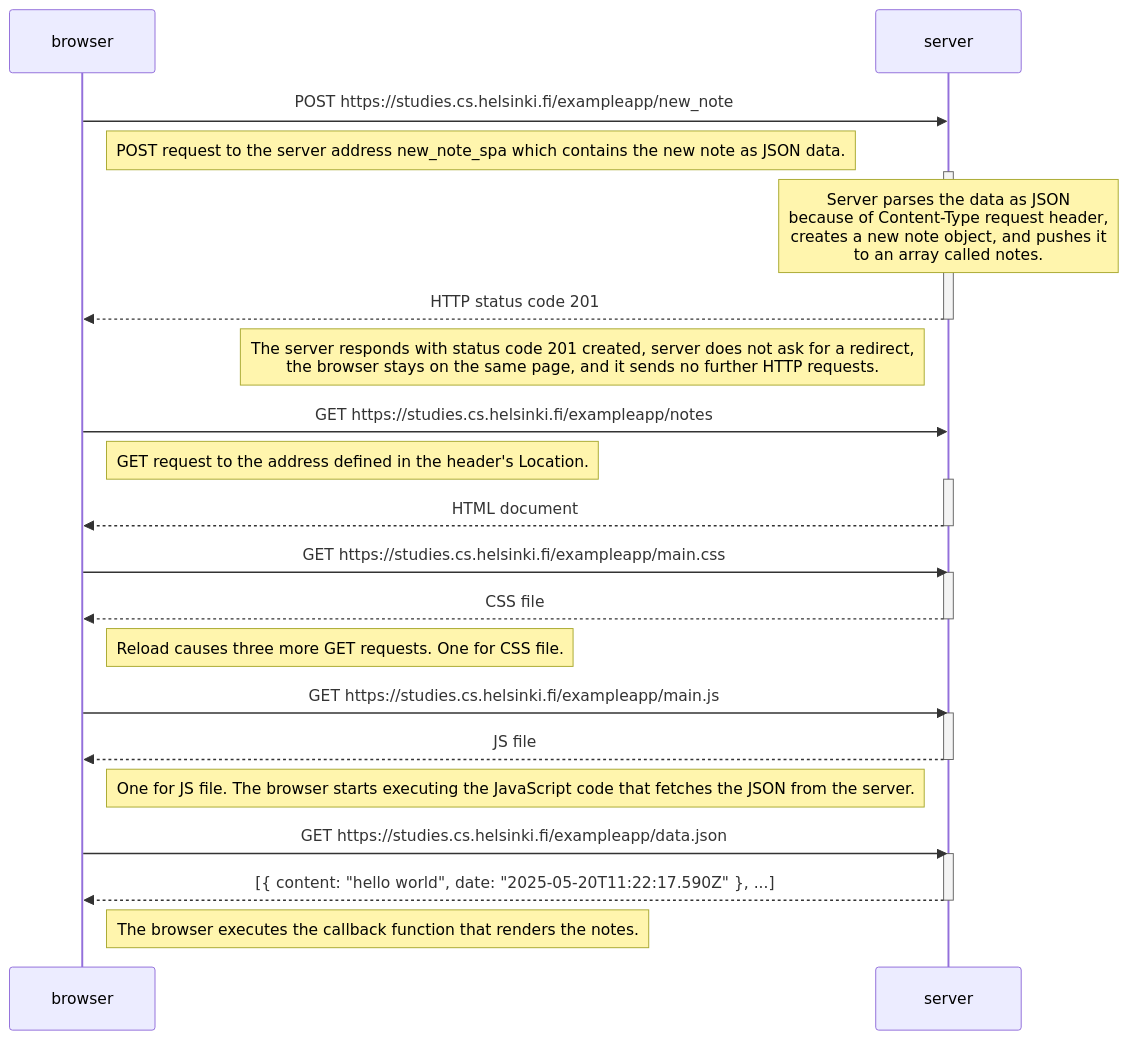
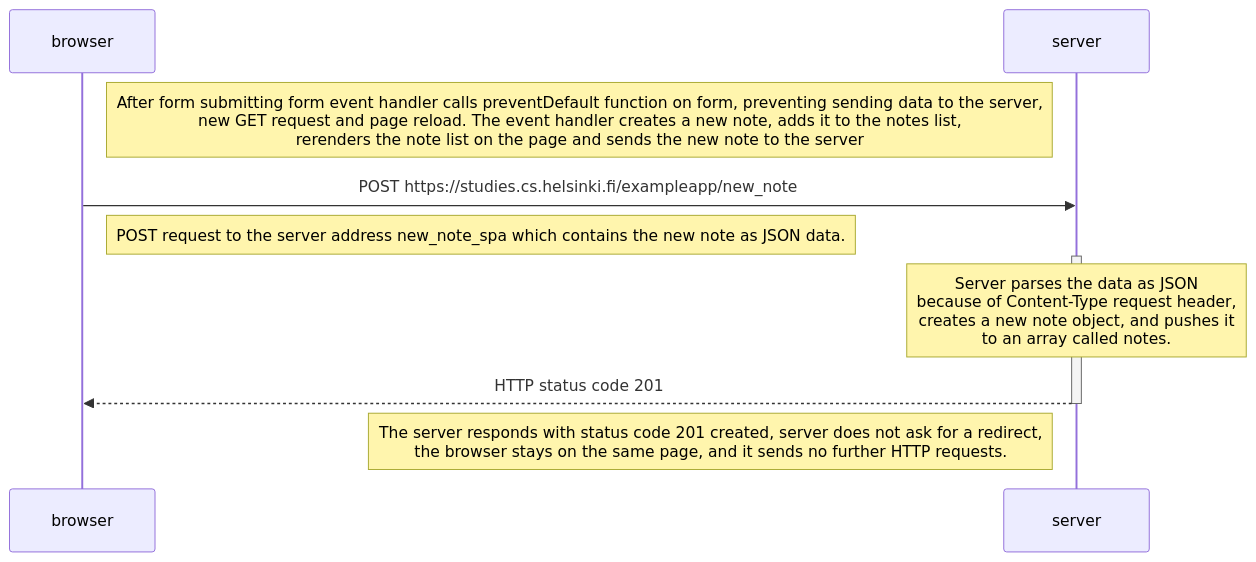
Before and after one commit to phmshk/FullStackOpen: the diagram in part0/0_5.md, drawn with Mermaid.

````diff
--- a/part0/0_5.md
+++ b/part0/0_5.md
@@ -1,41 +1,15 @@
 ```mermaid
 sequenceDiagram
   participant browser
   participant server
+
+    Note right of browser: After form submitting form event handler calls preventDefault function on form, preventing sending data to the server, <br> new GET request and page reload. The event handler creates a new note, adds it to the notes list, <br> rerenders the note list on the page and sends the new note to the server
 
     browser->>server: POST  https://studies.cs.helsinki.fi/exampleapp/new_note
     Note right of browser: POST request to the server address new_note_spa which contains the new note as JSON data.
     activate server
     Note over server: Server parses the data as JSON <br> because of Content-Type request header, <br> creates a new note object, and pushes it <br> to an array called notes.
     server-->>browser: HTTP status code 201
     deactivate server
-     Note left of server: The server responds with status code 201 created, server does not ask for a redirect, <br> the browser stays on the same page, and it sends no further HTTP requests.
-
-    browser->>server: GET https://studies.cs.helsinki.fi/exampleapp/notes
-    Note right of browser: GET request to the address defined in the header's Location.
-    activate server
-    server-->>browser: HTML document
-    deactivate server
-
-
-    browser->>server: GET https://studies.cs.helsinki.fi/exampleapp/main.css
-    activate server
-    server-->>browser: CSS file
-    deactivate server
-
-    Note right of browser: Reload causes three more GET requests. One for CSS file.
-
-    browser->>server: GET https://studies.cs.helsinki.fi/exampleapp/main.js
-    activate server
-    server-->>browser: JS file
-    deactivate server
-
-    Note right of browser: One for JS file. The browser starts executing the JavaScript code that fetches the JSON from the server.
-
-    browser->>server: GET https://studies.cs.helsinki.fi/exampleapp/data.json
-    activate server
-    server-->>browser: [{ content: "hello world", date: "2025-05-20T11:22:17.590Z" }, ...]
-    deactivate server
-
-    Note right of browser: The browser executes the callback function that renders the notes.
+    Note left of server: The server responds with status code 201 created, server does not ask for a redirect, <br> the browser stays on the same page, and it sends no further HTTP requests.
 ```
````
